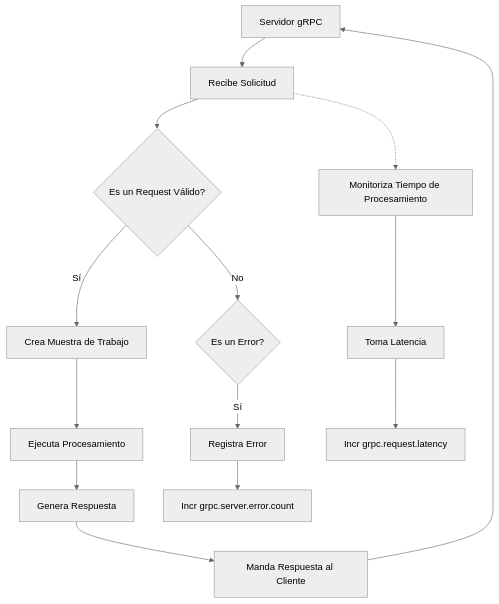
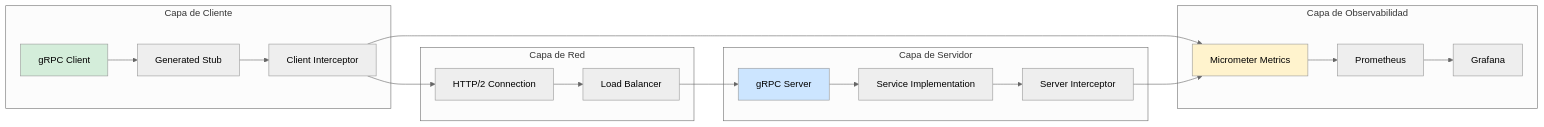
One commit to Joaquinriosheredia/DAM-Java-Mastery changed the second of 3 diagrams in _Review/grpc_en_sistemas_de_alto_rendimiento/grpc_en_sistemas_de_alto_rendimiento.md. Above: the diagram before and after it, drawn with Mermaid (neutral theme). The commit also changed other lines of this file, not shown here.

Commit message:
grpc_en_sistemas_de_alto_rendimiento.md

````diff
--- a/_Review/grpc_en_sistemas_de_alto_rendimiento/grpc_en_sistemas_de_alto_rendimiento.md
+++ b/_Review/grpc_en_sistemas_de_alto_rendimiento/grpc_en_sistemas_de_alto_rendimiento.md
@@ -379,18 +160,41 @@
 ```mermaid
-graph TD
-    A[Servidor gRPC] --> B[Recibe Solicitud]
-    B --> C{Es un Request Válido?}
-    C -- Sí --> D[Crea Muestra de Trabajo]
-    D --> E[Ejecuta Procesamiento]
-    E --> F[Genera Respuesta]
-    F --> G[Manda Respuesta al Cliente]
-    G --> A
-
-    C -- No --> H{Es un Error?}
-    H -- Sí --> I[Registra Error]
-    I --> J[Incr grpc.server.error.count]
-
-    B -.-> K[Monitoriza Tiempo de Procesamiento]
-    K --> L[Toma Latencia]
-    L --> M[Incr grpc.request.latency]
+graph LR
+    subgraph "Capa de Cliente"
+        CLIENT[gRPC Client]
+        STUB[Generated Stub]
+        INT[Client Interceptor]
+    end
+    
+    subgraph "Capa de Red"
+        HTTP2[HTTP/2 Connection]
+        LB[Load Balancer]
+    end
+    
+    subgraph "Capa de Servidor"
+        SERVER[gRPC Server]
+        SVC[Service Implementation]
+        INT2[Server Interceptor]
+    end
+    
+    subgraph "Capa de Observabilidad"
+        MET[Micrometer Metrics]
+        PROM[Prometheus]
+        GRAF[Grafana]
+    end
+    
+    CLIENT --> STUB
+    STUB --> INT
+    INT --> HTTP2
+    HTTP2 --> LB
+    LB --> SERVER
+    SERVER --> SVC
+    SVC --> INT2
+    INT --> MET
+    INT2 --> MET
+    MET --> PROM
+    PROM --> GRAF
+    
+    style CLIENT fill:#d4edda
+    style SERVER fill:#cce5ff
+    style MET fill:#fff3cd
 ```
````
